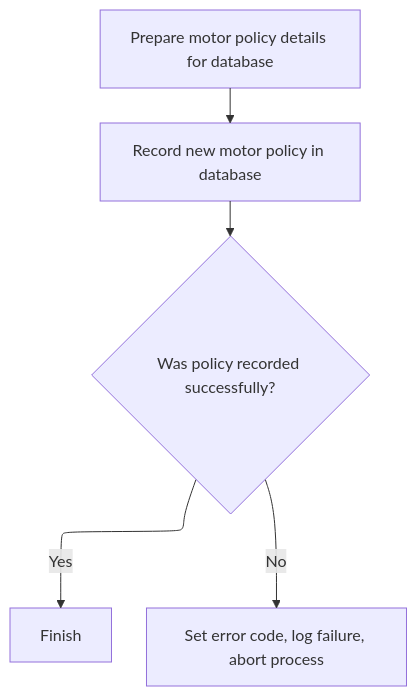
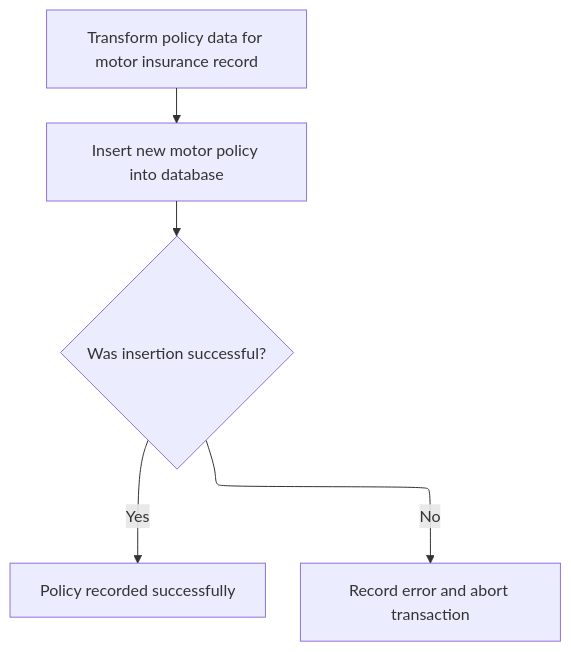
Before and after one commit to Giri-Swimm/Swimmio-genapp-motor: the ninth of 15 diagrams in .swm/inserting-insurance-policy-data-lgapdb09.xwl743qs.sw.md, drawn with Mermaid. The commit also changed other lines of this file and 17 other files, not shown here.

Commit message:
motor policy inquire process as on 11 nov 2025

````diff
--- a/.swm/inserting-insurance-policy-data-lgapdb09.xwl743qs.sw.md
+++ b/.swm/inserting-insurance-policy-data-lgapdb09.xwl743qs.sw.md
@@ -1421,30 +1472,32 @@
 ```mermaid
 %%{init: {"flowchart": {"defaultRenderer": "elk"}} }%%
 flowchart TD
-    node1["Prepare motor policy details for database"]
+    node1["Transform policy data for motor insurance record"]
     click node1 openCode "base/src/lgapdb09.cbl:450:455"
-    node1 --> node2["Record new motor policy in database"]
-    click node2 openCode "base/src/lgapdb09.cbl:456:479"
-    node2 --> node3{"Was policy recorded successfully?"}
+    node1 --> node2["Insert new motor policy into database"]
+    click node2 openCode "base/src/lgapdb09.cbl:457:479"
+    node2 --> node3{"Was insertion successful?"}
     click node3 openCode "base/src/lgapdb09.cbl:481:486"
-    node3 -->|"Yes"| node4["Finish"]
+    node3 -->|"Yes"| node4["Policy recorded successfully"]
     click node4 openCode "base/src/lgapdb09.cbl:488:488"
-    node3 -->|"No"| node5["Set error code, log failure, abort process"]
+    node3 -->|"No"| node5["Record error and abort transaction"]
     click node5 openCode "base/src/lgapdb09.cbl:482:486"
+
 classDef HeadingStyle fill:#777777,stroke:#333,stroke-width:2px;
 
 %% Swimm:
 %% %%{init: {"flowchart": {"defaultRenderer": "elk"}} }%%
 %% flowchart TD
-%%     node1["Prepare motor policy details for database"]
+%%     node1["Transform policy data for motor insurance record"]
 %%     click node1 openCode "<SwmPath>[base/src/lgapdb09.cbl](base/src/lgapdb09.cbl)</SwmPath>:450:455"
-%%     node1 --> node2["Record new motor policy in database"]
-%%     click node2 openCode "<SwmPath>[base/src/lgapdb09.cbl](base/src/lgapdb09.cbl)</SwmPath>:456:479"
-%%     node2 --> node3{"Was policy recorded successfully?"}
+%%     node1 --> node2["Insert new motor policy into database"]
+%%     click node2 openCode "<SwmPath>[base/src/lgapdb09.cbl](base/src/lgapdb09.cbl)</SwmPath>:457:479"
+%%     node2 --> node3{"Was insertion successful?"}
 %%     click node3 openCode "<SwmPath>[base/src/lgapdb09.cbl](base/src/lgapdb09.cbl)</SwmPath>:481:486"
-%%     node3 -->|"Yes"| node4["Finish"]
+%%     node3 -->|"Yes"| node4["Policy recorded successfully"]
 %%     click node4 openCode "<SwmPath>[base/src/lgapdb09.cbl](base/src/lgapdb09.cbl)</SwmPath>:488:488"
-%%     node3 -->|"No"| node5["Set error code, log failure, abort process"]
+%%     node3 -->|"No"| node5["Record error and abort transaction"]
 %%     click node5 openCode "<SwmPath>[base/src/lgapdb09.cbl](base/src/lgapdb09.cbl)</SwmPath>:482:486"
+%% 
 %% classDef HeadingStyle fill:#777777,stroke:#333,stroke-width:2px;
 ```
````
